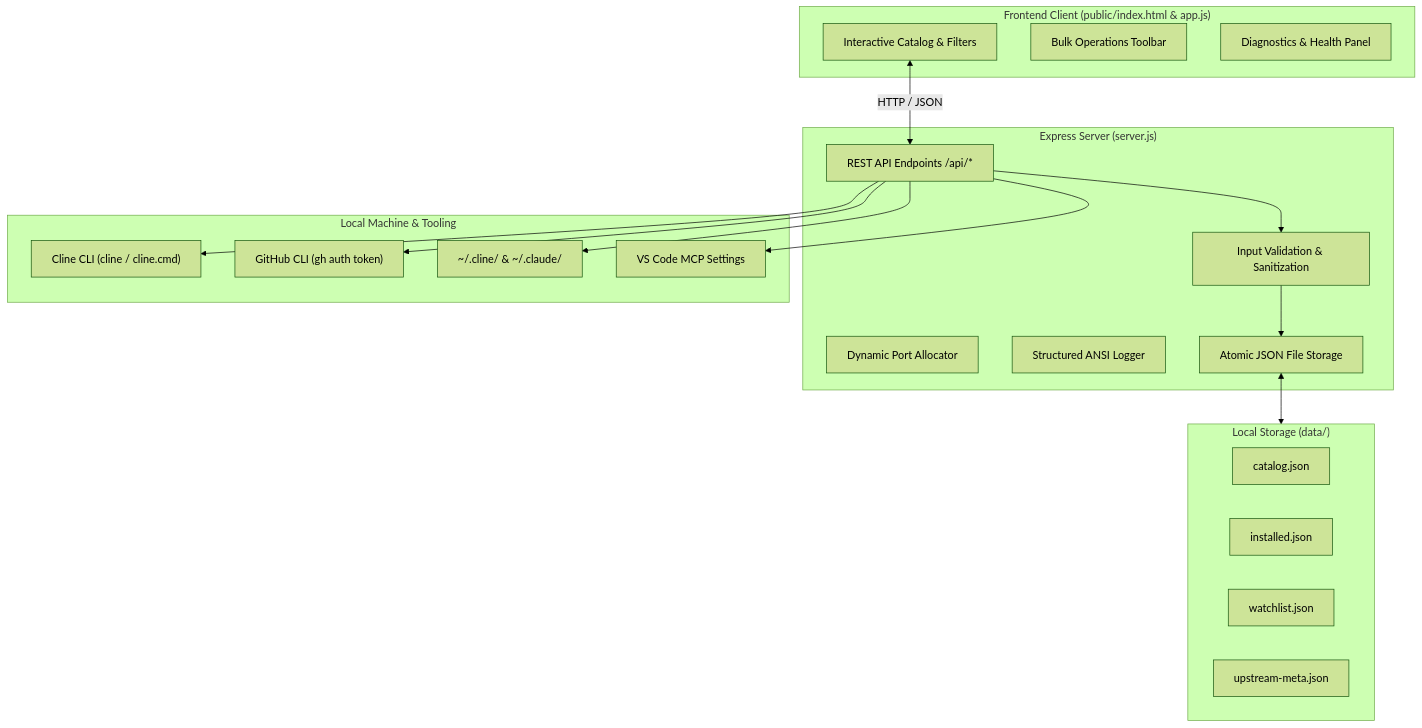
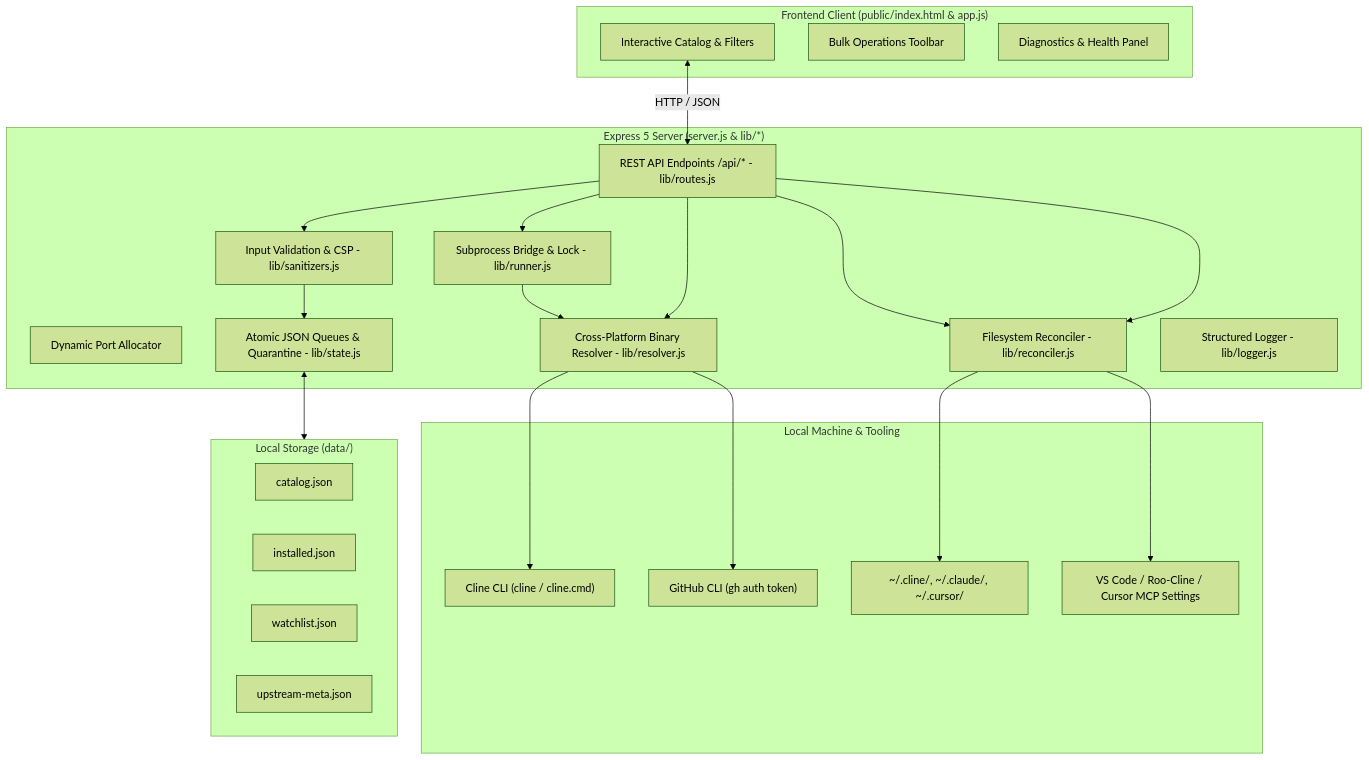
The diagram in README.md (Mateo-Piedra22/ClineMarket), drawn with Mermaid (forest theme) before and after one commit. The commit also changed other lines of this file and 3 other files, not shown here.

Commit message:
docs: update all project documentation with 11-layer architecture, endpoints, security and Node 24 matrix

````diff
--- a/README.md
+++ b/README.md
@@ -89,38 +89,41 @@
 ```mermaid
 flowchart TD
     subgraph Client ["Frontend Client (public/index.html & app.js)"]
         UI[Interactive Catalog & Filters]
         BulkUI[Bulk Operations Toolbar]
         HealthUI[Diagnostics & Health Panel]
     end
 
-    subgraph ControlPlane ["Express Server (server.js)"]
-        Router[REST API Endpoints /api/*]
-        Guard[Input Validation & Sanitization]
+    subgraph ControlPlane ["Express 5 Server (server.js & lib/*)"]
+        Router[REST API Endpoints /api/* - lib/routes.js]
+        Guard[Input Validation & CSP - lib/sanitizers.js]
         PortMgr[Dynamic Port Allocator]
-        Logger[Structured ANSI Logger]
-        AtomicIO[Atomic JSON File Storage]
+        Resolver[Cross-Platform Binary Resolver - lib/resolver.js]
+        Runner[Subprocess Bridge & Lock - lib/runner.js]
+        Reconciler[Filesystem Reconciler - lib/reconciler.js]
+        State[Atomic JSON Queues & Quarantine - lib/state.js]
+        Logger[Structured Logger - lib/logger.js]
     end
 
     subgraph Environment ["Local Machine & Tooling"]
         ClineBin["Cline CLI (cline / cline.cmd)"]
         GHBin["GitHub CLI (gh auth token)"]
-        StorageRoots["~/.cline/ & ~/.claude/"]
-        VSCodeStorage["VS Code MCP Settings"]
+        StorageRoots["~/.cline/, ~/.claude/, ~/.cursor/"]
+        VSCodeStorage["VS Code / Roo-Cline / Cursor MCP Settings"]
     end
 
     subgraph Storage ["Local Storage (data/)"]
         CatCache[catalog.json]
         InstStore[installed.json]
         WatchStore[watchlist.json]
         MetaStore[upstream-meta.json]
     end
 
     UI <-->|HTTP / JSON| Router
-    Router --> Guard --> AtomicIO
-    AtomicIO <--> Storage
-    Router --> ClineBin
-    Router --> GHBin
-    Router --> StorageRoots
-    Router --> VSCodeStorage
+    Router --> Guard --> State
+    State <--> Storage
+    Router --> Runner --> Resolver --> ClineBin
+    Router --> Resolver --> GHBin
+    Router --> Reconciler --> StorageRoots
+    Router --> Reconciler --> VSCodeStorage
 ```
````
